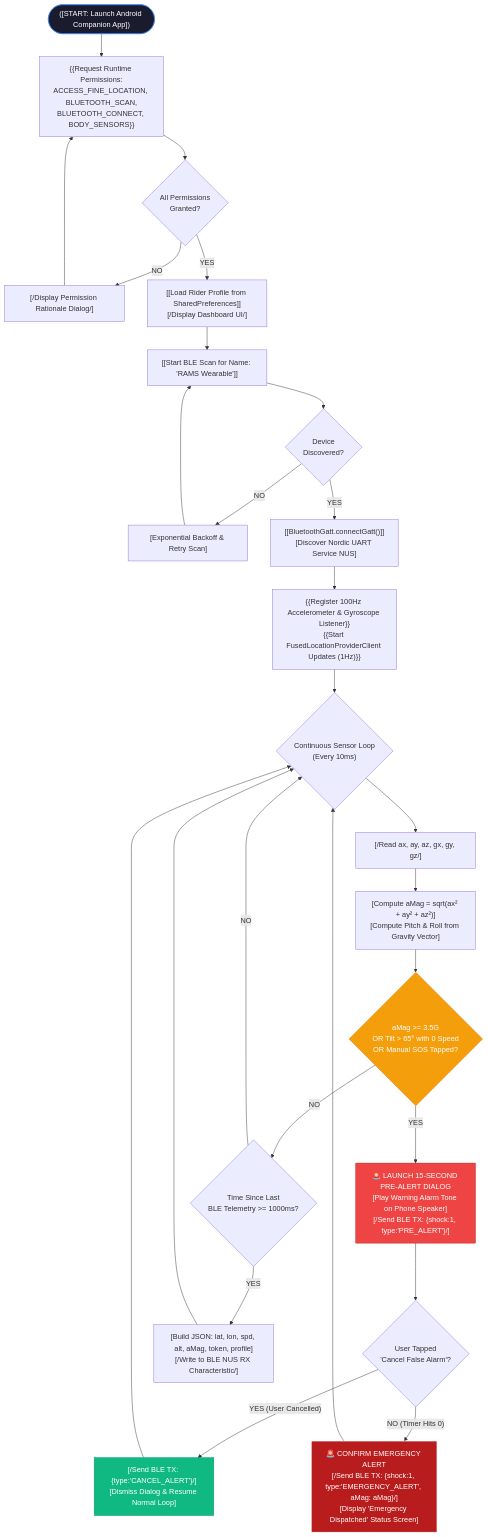
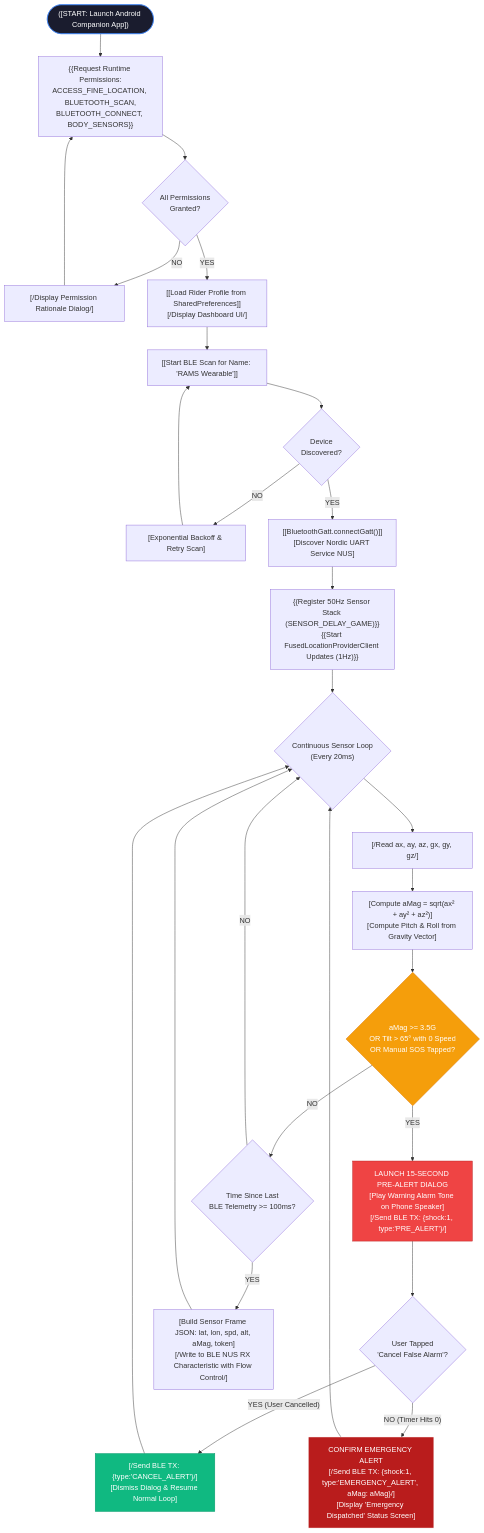
Before and after one commit to JanClyde05/Road-Accident-Monitoring-System: the seventh of 7 diagrams in docs/MD Files/Program_Flowchart.md, drawn with Mermaid. The commit also changed other lines of this file and 22 other files, not shown here.

````diff
--- a/docs/MD Files/Program_Flowchart.md
+++ b/docs/MD Files/Program_Flowchart.md
@@ -341,47 +341,47 @@
 ```mermaid
 flowchart TD
     A_START(["([START: Launch Android Companion App])"]) --> REQ_PERMS["{{Request Runtime Permissions:\nACCESS_FINE_LOCATION, BLUETOOTH_SCAN,\nBLUETOOTH_CONNECT, BODY_SENSORS}}"]
     
     REQ_PERMS --> CHK_PERMS{"All Permissions\nGranted?"}
     CHK_PERMS -- "NO" --> SHOW_PERM_RATIONALE["[/Display Permission Rationale Dialog/]"]
     SHOW_PERM_RATIONALE --> REQ_PERMS
 
     CHK_PERMS -- "YES" --> LOAD_LOCAL_PROF["[[Load Rider Profile from SharedPreferences]]\n[/Display Dashboard UI/]"]
     LOAD_LOCAL_PROF --> SCAN_BLE["[[Start BLE Scan for Name: 'RAMS Wearable']]"]
 
     SCAN_BLE --> CHK_FOUND{"Device\nDiscovered?"}
     CHK_FOUND -- "NO" --> RETRY_SCAN["[Exponential Backoff & Retry Scan]"]
     RETRY_SCAN --> SCAN_BLE
 
     CHK_FOUND -- "YES" --> CONNECT_GATT["[[BluetoothGatt.connectGatt()]]\n[Discover Nordic UART Service NUS]"]
-    CONNECT_GATT --> START_SENSORS["{{Register 100Hz Accelerometer & Gyroscope Listener}}\n{{Start FusedLocationProviderClient Updates (1Hz)}}"]
+    CONNECT_GATT --> START_SENSORS["{{Register 50Hz Sensor Stack (SENSOR_DELAY_GAME)}}\n{{Start FusedLocationProviderClient Updates (1Hz)}}"]
 
-    START_SENSORS --> SENSOR_LOOP{"Continuous Sensor Loop\n(Every 10ms)"}
+    START_SENSORS --> SENSOR_LOOP{"Continuous Sensor Loop\n(Every 20ms)"}
     
     SENSOR_LOOP --> READ_IMU["[/Read ax, ay, az, gx, gy, gz/]"]
     READ_IMU --> CALC_AMAG["[Compute aMag = sqrt(ax² + ay² + az²)]\n[Compute Pitch & Roll from Gravity Vector]"]
 
     CALC_AMAG --> CHK_SHOCK_THRESH{"aMag >= 3.5G\nOR Tilt > 65° with 0 Speed\nOR Manual SOS Tapped?"}
 
     %% Impact Detected: Grace Period
-    CHK_SHOCK_THRESH -- "YES" --> SHOW_COUNTDOWN["🚨 LAUNCH 15-SECOND PRE-ALERT DIALOG\n[Play Warning Alarm Tone on Phone Speaker]\n[/Send BLE TX: {shock:1, type:'PRE_ALERT'}/]"]
+    CHK_SHOCK_THRESH -- "YES" --> SHOW_COUNTDOWN["LAUNCH 15-SECOND PRE-ALERT DIALOG\n[Play Warning Alarm Tone on Phone Speaker]\n[/Send BLE TX: {shock:1, type:'PRE_ALERT'}/]"]
     SHOW_COUNTDOWN --> AWAIT_CANCEL{"User Tapped\n'Cancel False Alarm'?"}
 
     AWAIT_CANCEL -- "YES (User Cancelled)" --> DISMISS_PHONE["[/Send BLE TX: {type:'CANCEL_ALERT'}/]\n[Dismiss Dialog & Resume Normal Loop]"]
     DISMISS_PHONE --> SENSOR_LOOP
 
-    AWAIT_CANCEL -- "NO (Timer Hits 0)" --> CONFIRM_EMERGENCY["🚨 CONFIRM EMERGENCY ALERT\n[/Send BLE TX: {shock:1, type:'EMERGENCY_ALERT', aMag: aMag}/]\n[Display 'Emergency Dispatched' Status Screen]"]
+    AWAIT_CANCEL -- "NO (Timer Hits 0)" --> CONFIRM_EMERGENCY["CONFIRM EMERGENCY ALERT\n[/Send BLE TX: {shock:1, type:'EMERGENCY_ALERT', aMag: aMag}/]\n[Display 'Emergency Dispatched' Status Screen]"]
     CONFIRM_EMERGENCY --> SENSOR_LOOP
 
     %% Normal Telemetry
-    CHK_SHOCK_THRESH -- "NO" --> CHK_TEL_TIMER{"Time Since Last\nBLE Telemetry >= 1000ms?"}
-    CHK_TEL_TIMER -- "YES" --> BUILD_TEL_JSON["[Build JSON: lat, lon, spd, alt, aMag, token, profile]\n[/Write to BLE NUS RX Characteristic/]"]
+    CHK_SHOCK_THRESH -- "NO" --> CHK_TEL_TIMER{"Time Since Last\nBLE Telemetry >= 100ms?"}
+    CHK_TEL_TIMER -- "YES" --> BUILD_TEL_JSON["[Build Sensor Frame JSON: lat, lon, spd, alt, aMag, token]\n[/Write to BLE NUS RX Characteristic with Flow Control/]"]
     CHK_TEL_TIMER -- "NO" --> SENSOR_LOOP
     BUILD_TEL_JSON --> SENSOR_LOOP
 
     style A_START fill:#1a1c2e,stroke:#3b82f6,color:#fff
     style SHOW_COUNTDOWN fill:#ef4444,stroke:#b91c1c,color:#fff
     style DISMISS_PHONE fill:#10b981,stroke:#059669,color:#fff
     style CONFIRM_EMERGENCY fill:#b91c1c,stroke:#fff,color:#fff
     style CHK_SHOCK_THRESH fill:#f59e0b,stroke:#d97706,color:#fff
 ```
````
